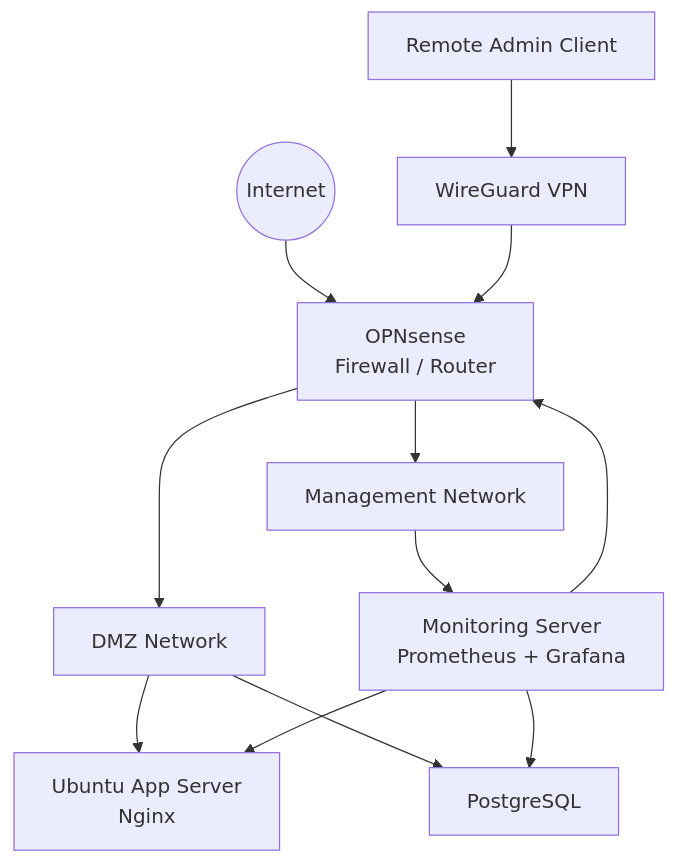
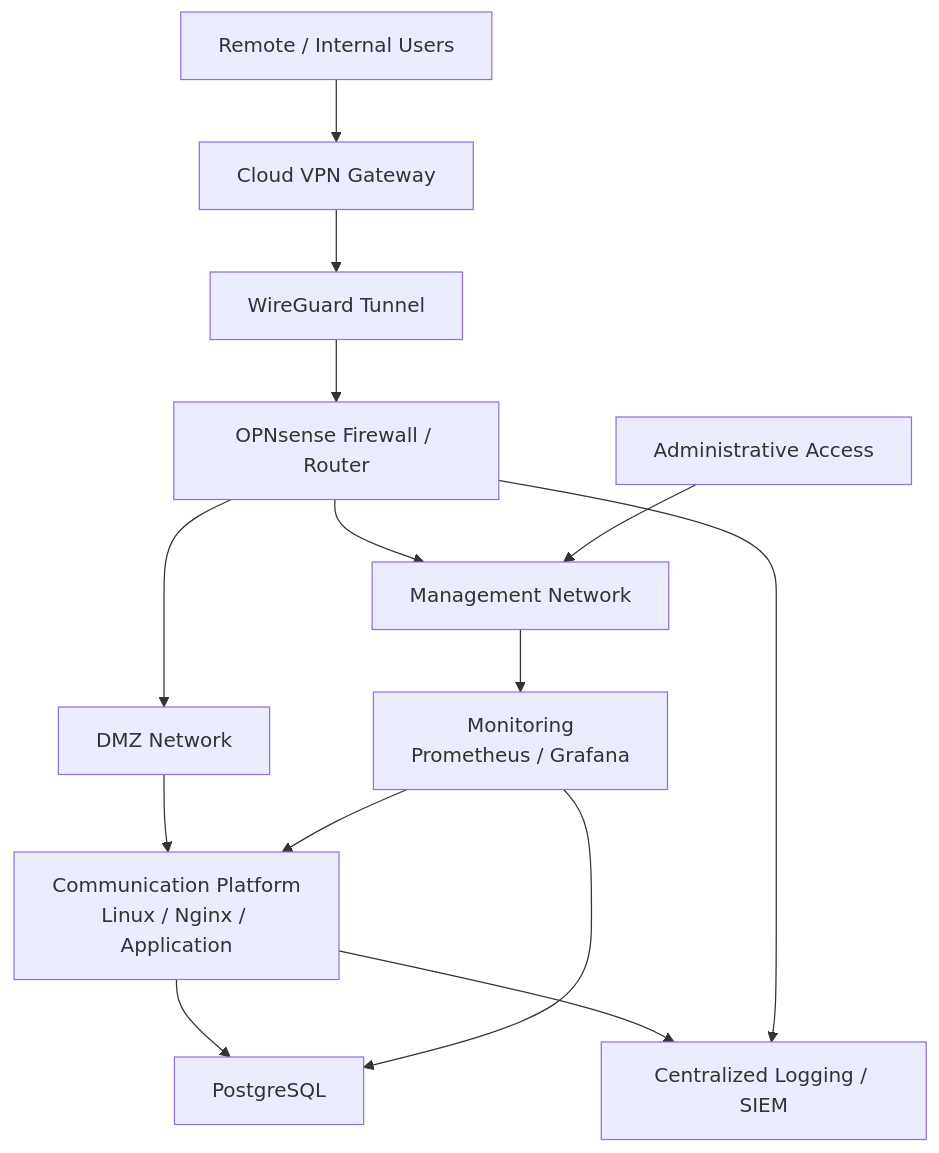
The diagram in README.md (Akira0904/infrastructure-portfolio), drawn with Mermaid before and after one commit. The commit also changed other lines of this file and 32 other files, not shown here.

````diff
--- a/README.md
+++ b/README.md
@@ -22,23 +25,23 @@
 ```mermaid
 flowchart TB
-    Internet((Internet))
-    FW[OPNsense\nFirewall / Router]
-    WG[WireGuard VPN]
+    USER[Remote / Internal Users]
+    CLOUD[Cloud VPN Gateway]
+    WG[WireGuard Tunnel]
+    FW[OPNsense Firewall / Router]
     DMZ[DMZ Network]
     MGMT[Management Network]
-    APP[Ubuntu App Server\nNginx]
-    MON[Monitoring Server\nPrometheus + Grafana]
+    APP[Communication Platform\nLinux / Nginx / Application]
     DB[PostgreSQL]
-    CLIENT[Remote Admin Client]
+    MON[Monitoring\nPrometheus / Grafana]
+    SIEM[Centralized Logging / SIEM]
+    ADMIN[Administrative Access]
 
-    Internet --> FW
-    CLIENT --> WG --> FW
-    FW --> DMZ
-    FW --> MGMT
-    DMZ --> APP
-    DMZ --> DB
-    MGMT --> MON
+    USER --> CLOUD --> WG --> FW
+    FW --> DMZ --> APP --> DB
+    FW --> MGMT --> MON
+    ADMIN --> MGMT
     MON --> APP
     MON --> DB
-    MON --> FW
+    APP --> SIEM
+    FW --> SIEM
 ```
````
